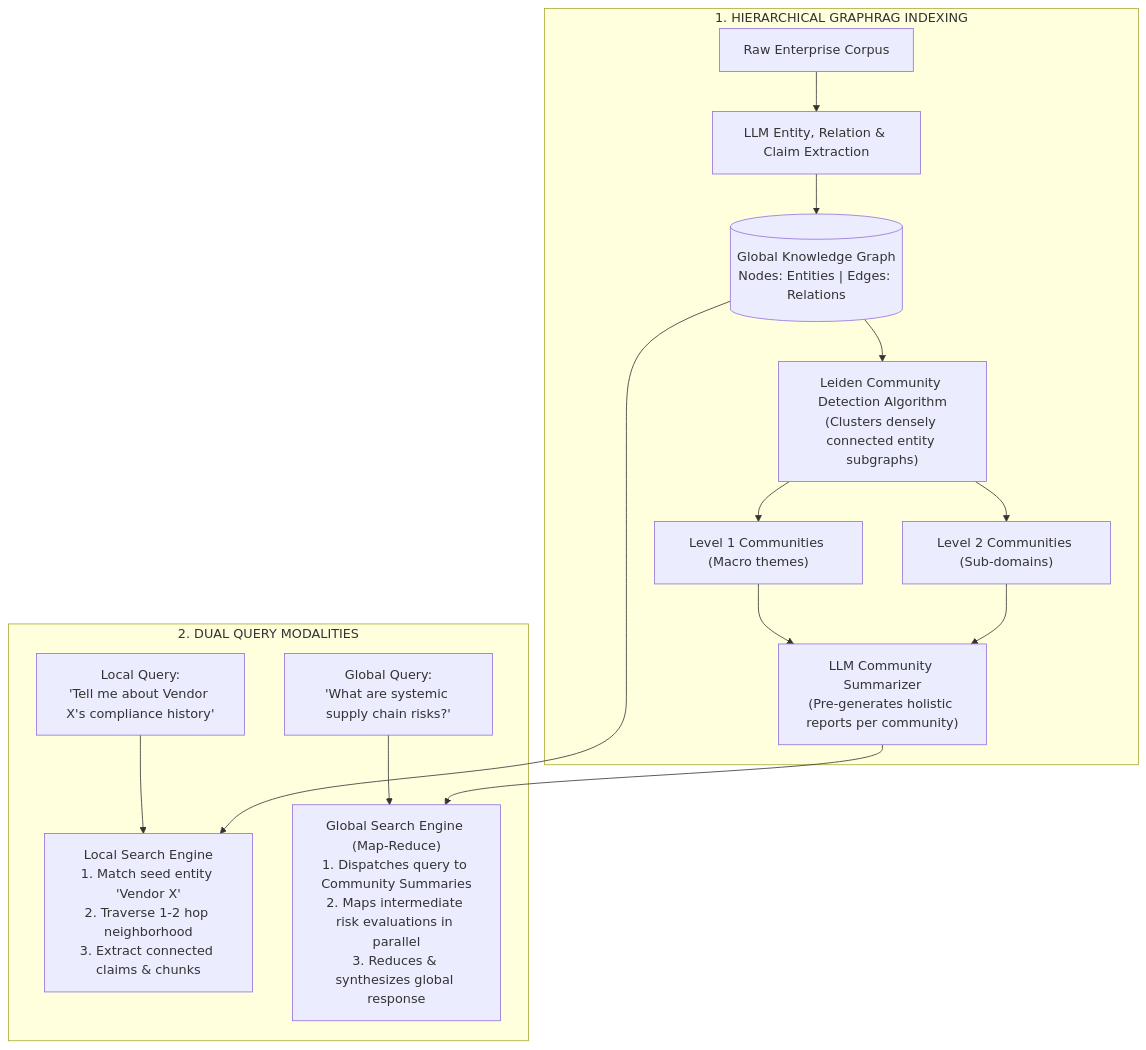
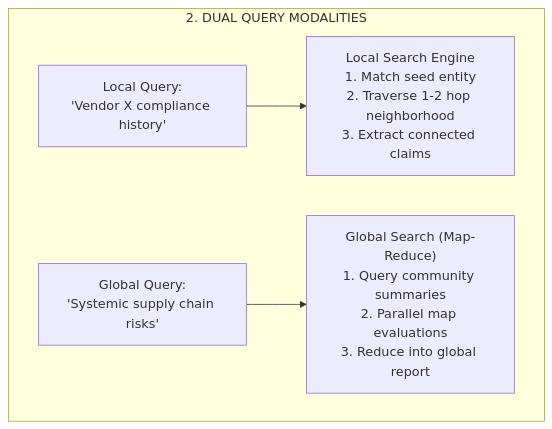
The third of 4 diagrams in 02-rag-and-knowledge-systems/06-graphrag-and-entity-traversal.md (dip4k/senior-engineer-to-ai-engineer-roadmap), drawn with Mermaid before and after one commit. The commit also changed other lines of this file and 10 other files, not shown here.

First line of the commit message:
feat(phase-02): refactor enterprise RAG curriculum and expand with query planning & CRAG

````diff
--- a/02-rag-and-knowledge-systems/06-graphrag-and-entity-traversal.md
+++ b/02-rag-and-knowledge-systems/06-graphrag-and-entity-traversal.md
@@ -68,21 +94,8 @@
 ```mermaid
 flowchart TD
-    subgraph Ingestion["1. HIERARCHICAL GRAPHRAG INDEXING"]
-        Docs["Raw Enterprise Corpus"] --> Extract["LLM Entity, Relation & Claim Extraction"]
-        Extract --> Graph[("Global Knowledge Graph<br>Nodes: Entities | Edges: Relations")]
-        Graph --> Leiden["Leiden Community Detection Algorithm<br>(Clusters densely connected entity subgraphs)"]
-        Leiden --> C_L1["Level 1 Communities (Macro themes)"]
-        Leiden --> C_L2["Level 2 Communities (Sub-domains)"]
-        C_L1 --> Summarize["LLM Community Summarizer<br>(Pre-generates holistic reports per community)"]
-        C_L2 --> Summarize
+    subgraph QueryModes["2. DUAL QUERY MODALITIES"]
+        Q_Local["Local Query:<br>'Vendor X compliance history'"] --> LocalSearch["Local Search Engine<br>1. Match seed entity<br>2. Traverse 1-2 hop neighborhood<br>3. Extract connected claims"]
+        
+        Q_Global["Global Query:<br>'Systemic supply chain risks'"] --> GlobalSearch["Global Search (Map-Reduce)<br>1. Query community summaries<br>2. Parallel map evaluations<br>3. Reduce into global report"]
     end
-
-    subgraph QueryModes["2. DUAL QUERY MODALITIES"]
-        Q_Local["Local Query:<br>'Tell me about Vendor X's compliance history'"] --> LocalSearch["Local Search Engine<br>1. Match seed entity 'Vendor X'<br>2. Traverse 1-2 hop neighborhood<br>3. Extract connected claims & chunks"]
-        
-        Q_Global["Global Query:<br>'What are systemic supply chain risks?'"] --> GlobalSearch["Global Search Engine (Map-Reduce)<br>1. Dispatches query to Community Summaries<br>2. Maps intermediate risk evaluations in parallel<br>3. Reduces & synthesizes global response"]
-    end
-
-    Summarize --> GlobalSearch
-    Graph --> LocalSearch
 ```
````
